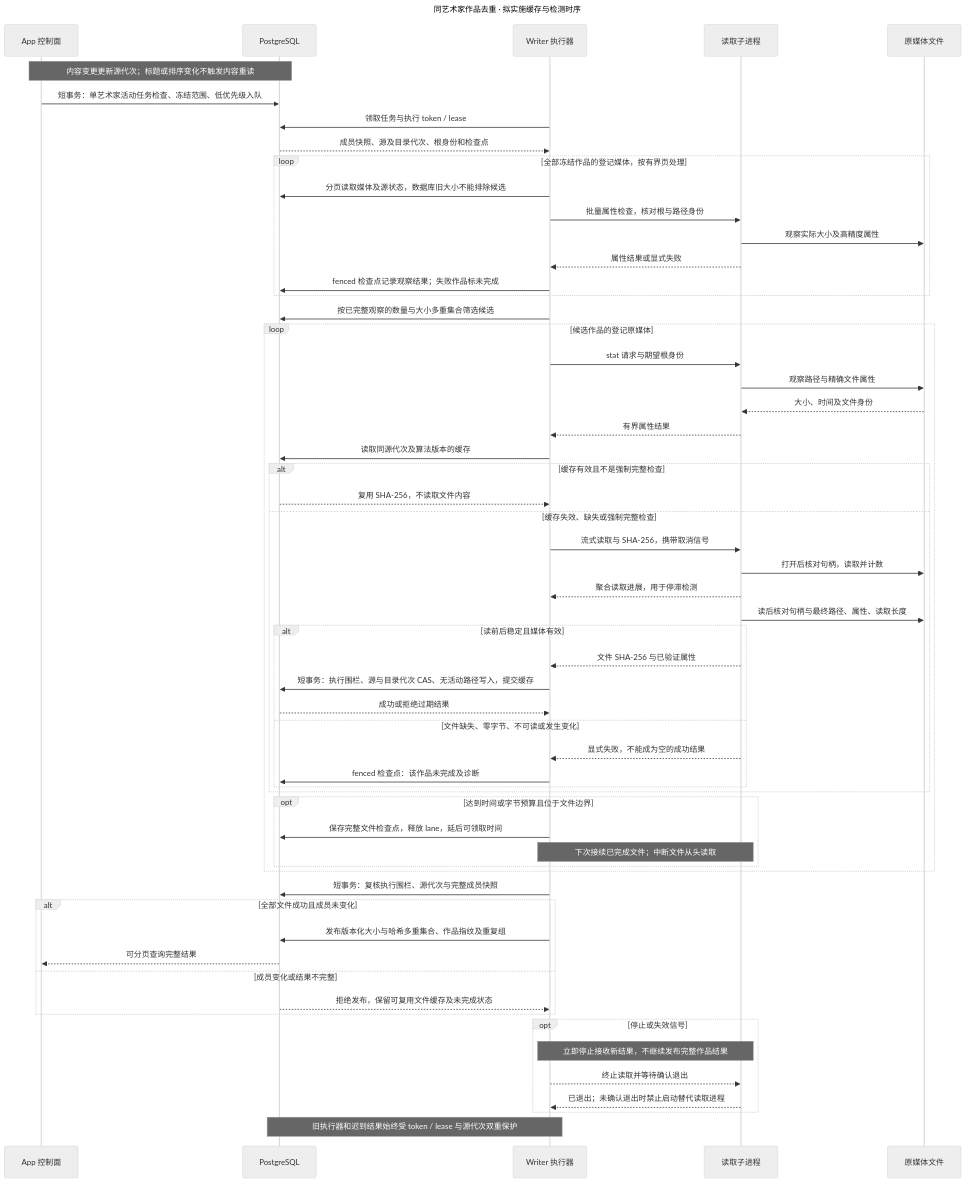
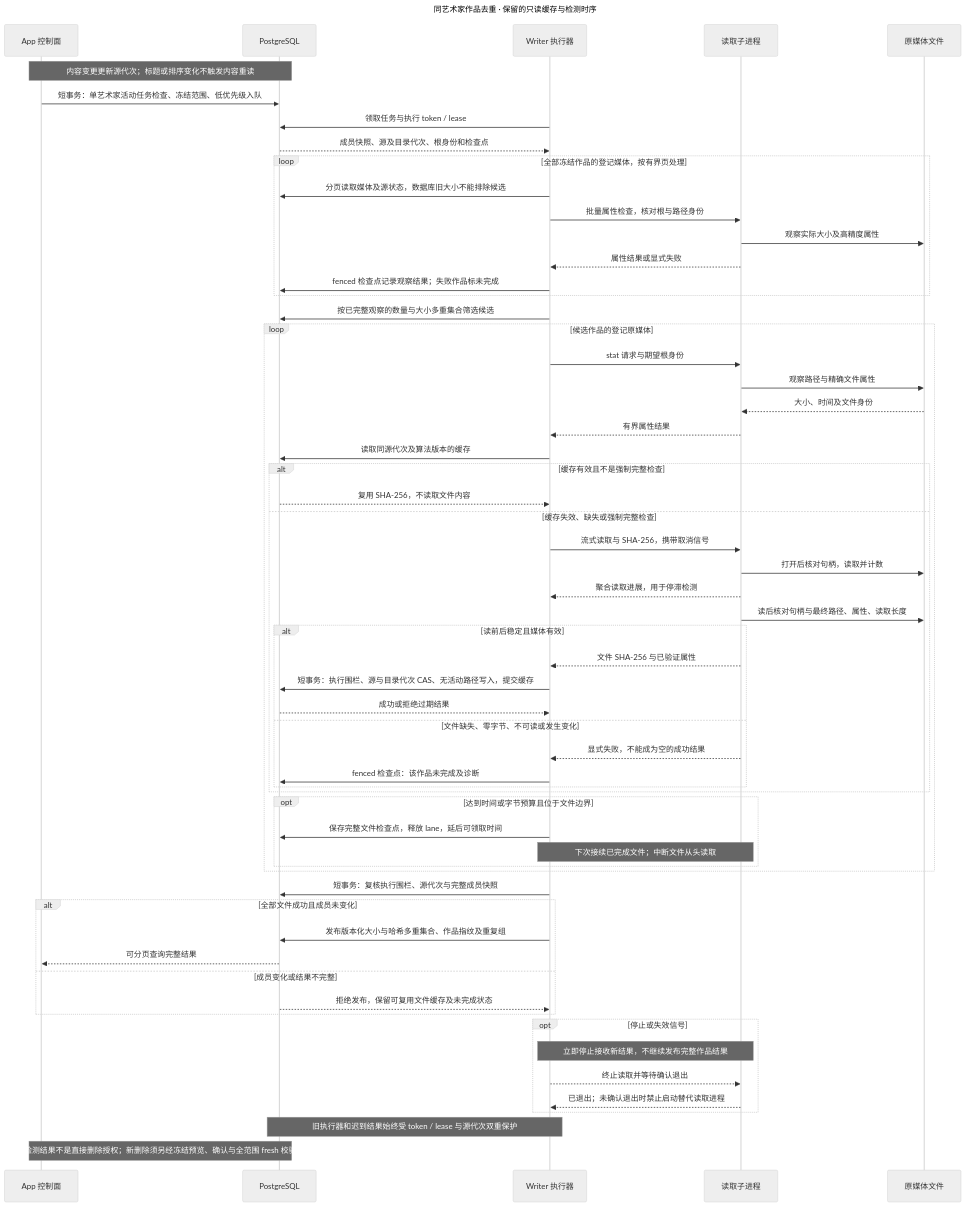
The diagram in docs/diagrams/features/artwork-deduplication/detection.mmd (namehu/PixiShelf), drawn with Mermaid (neutral theme) before and after one commit. The commit also changed 335 other files, not shown here.

```diff
--- a/docs/diagrams/features/artwork-deduplication/detection.mmd
+++ b/docs/diagrams/features/artwork-deduplication/detection.mmd
@@ -1,68 +1,70 @@
 ---
-title: 同艺术家作品去重 · 拟实施缓存与检测时序
+title: 同艺术家作品去重 · 保留的只读缓存与检测时序
 ---
 sequenceDiagram
   participant App as App 控制面
   participant DB as PostgreSQL
   participant Worker as Writer 执行器
   participant Child as 读取子进程
   participant File as 原媒体文件
   Note over App,DB: 内容变更更新源代次；标题或排序变化不触发内容重读
   %% D01: 检测输入冻结与任务领取
   App->>DB: 短事务：单艺术家活动任务检查、冻结范围、低优先级入队
   Worker->>DB: 领取任务与执行 token / lease
   DB-->>Worker: 成员快照、源及目录代次、根身份和检查点
   loop 全部冻结作品的登记媒体，按有界页处理
     Worker->>DB: 分页读取媒体及源状态，数据库旧大小不能排除候选
     Worker->>Child: 批量属性检查，核对根与路径身份
     Child->>File: 观察实际大小及高精度属性
     Child-->>Worker: 属性结果或显式失败
     Worker->>DB: fenced 检查点记录观察结果；失败作品标未完成
   end
   Worker->>DB: 按已完整观察的数量与大小多重集合筛选候选
   %% D02: 候选属性复核与缓存判定
   loop 候选作品的登记原媒体
     Worker->>Child: stat 请求与期望根身份
     Child->>File: 观察路径与精确文件属性
     File-->>Child: 大小、时间及文件身份
     Child-->>Worker: 有界属性结果
     Worker->>DB: 读取同源代次及算法版本的缓存
     alt 缓存有效且不是强制完整检查
       DB-->>Worker: 复用 SHA-256，不读取文件内容
     else 缓存失效、缺失或强制完整检查
       %% D03: 稳定读取
       Worker->>Child: 流式读取与 SHA-256，携带取消信号
       Child->>File: 打开后核对句柄，读取并计数
       Child-->>Worker: 聚合读取进展，用于停滞检测
       Child->>File: 读后核对句柄与最终路径、属性、读取长度
       alt 读前后稳定且媒体有效
         Child-->>Worker: 文件 SHA-256 与已验证属性
         %% D04: 文件缓存写入围栏
         Worker->>DB: 短事务：执行围栏、源与目录代次 CAS、无活动路径写入，提交缓存
         DB-->>Worker: 成功或拒绝过期结果
       else 文件缺失、零字节、不可读或发生变化
         Child-->>Worker: 显式失败，不能成为空的成功结果
         Worker->>DB: fenced 检查点：该作品未完成及诊断
       end
     end
     opt 达到时间或字节预算且位于文件边界
       %% D05: 公平让行
       Worker->>DB: 保存完整文件检查点，释放 lane，延后可领取时间
       Note over Worker,Child: 下次接续已完成文件；中断文件从头读取
     end
   end
   %% D06: 完整作品发布
   Worker->>DB: 短事务：复核执行围栏、源代次与完整成员快照
   alt 全部文件成功且成员未变化
     Worker->>DB: 发布版本化大小与哈希多重集合、作品指纹及重复组
     DB-->>App: 可分页查询完整结果
   else 成员变化或结果不完整
     DB-->>Worker: 拒绝发布，保留可复用文件缓存及未完成状态
   end
   %% D07: 取消与迟到结果
   opt 停止或失效信号
     Note over Worker,Child: 立即停止接收新结果，不继续发布完整作品结果
     Worker-->>Child: 终止读取并等待确认退出
     Child-->>Worker: 已退出；未确认退出时禁止启动替代读取进程
   end
   Note over Worker,DB: 旧执行器和迟到结果始终受 token / lease 与源代次双重保护
+
+  Note over App,DB: 检测结果不是直接删除授权；新删除须另经冻结预览、确认与全范围 fresh 校验
```
